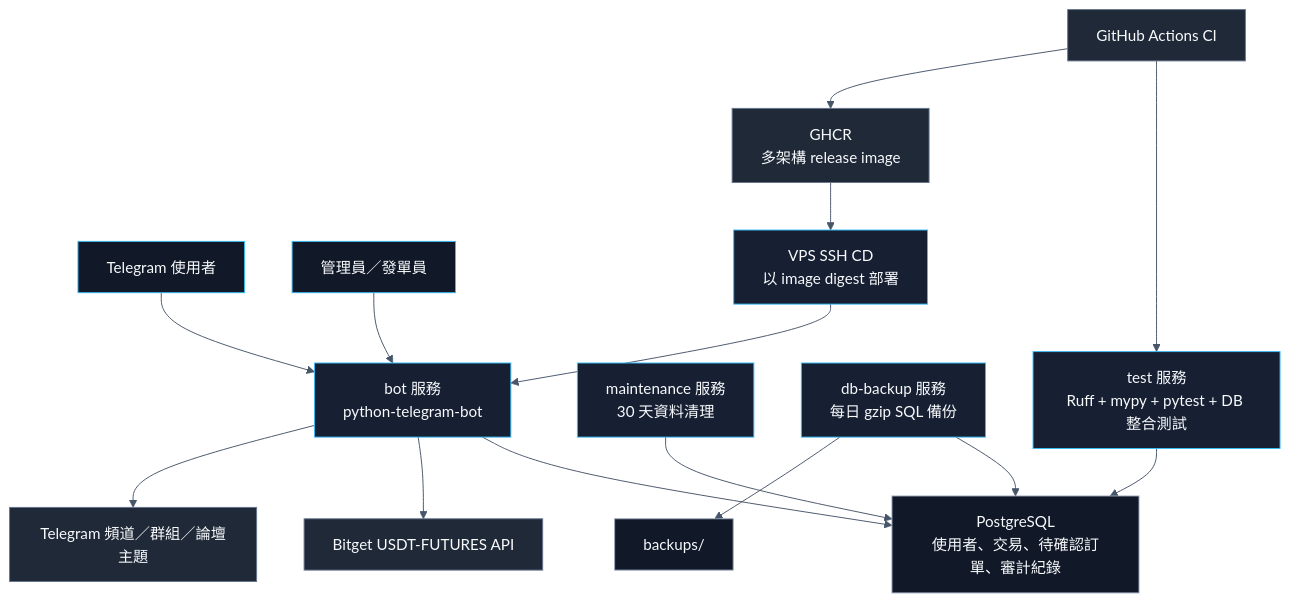
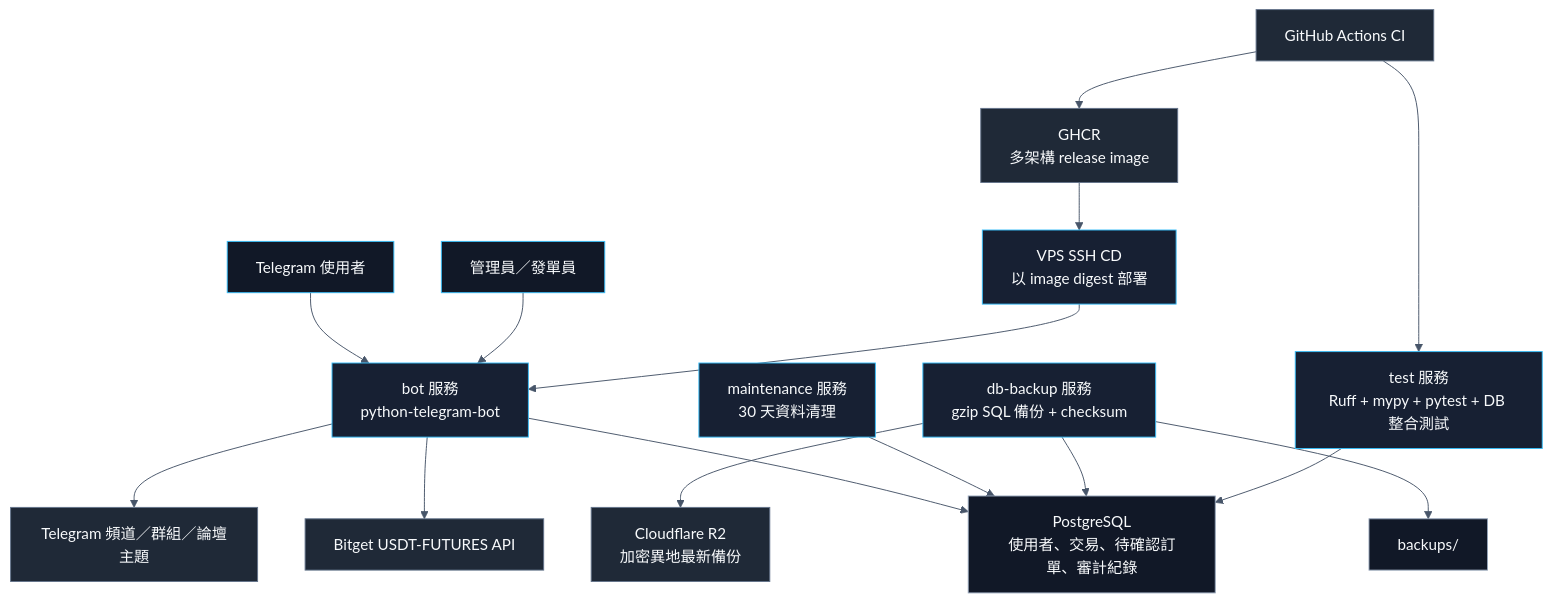
The first of 2 diagrams in readme_zh.md (kaiyn-capital/kaiyn-trading-bot), drawn with Mermaid before and after one commit. The commit also changed other lines of this file and 10 other files, not shown here.

````diff
--- a/readme_zh.md
+++ b/readme_zh.md
@@ -38,32 +42,33 @@
 ```mermaid
 %%{init: {"theme":"base","themeVariables":{"background":"transparent","primaryColor":"#111827","primaryBorderColor":"#38bdf8","primaryTextColor":"#f8fafc","secondaryColor":"#1f2937","secondaryBorderColor":"#64748b","secondaryTextColor":"#f8fafc","tertiaryColor":"#0f172a","tertiaryBorderColor":"#475569","tertiaryTextColor":"#f8fafc","lineColor":"#475569","fontFamily":"Inter, ui-sans-serif, system-ui, sans-serif"}}}%%
 flowchart TD
     users["Telegram 使用者"] --> bot["bot 服務<br/>python-telegram-bot"]
     admins["管理員／發單員"] --> bot
 
     bot --> db["PostgreSQL<br/>使用者、交易、待確認訂單、審計紀錄"]
     bot --> bitget["Bitget USDT-FUTURES API"]
     bot --> channels["Telegram 頻道／群組／論壇主題"]
 
     maintenance["maintenance 服務<br/>30 天資料清理"] --> db
-    backup["db-backup 服務<br/>每日 gzip SQL 備份"] --> db
+    backup["db-backup 服務<br/>gzip SQL 備份 + checksum"] --> db
     backup --> files["backups/"]
+    backup --> r2["Cloudflare R2<br/>加密異地最新備份"]
 
     ci["GitHub Actions CI"] --> test["test 服務<br/>Ruff + mypy + pytest + DB 整合測試"]
     test --> db
     ci --> ghcr["GHCR<br/>多架構 release image"]
     ghcr --> deploy["VPS SSH CD<br/>以 image digest 部署"]
     deploy --> bot
 
     classDef actor fill:#111827,stroke:#38bdf8,color:#f8fafc;
     classDef runtime fill:#0f172a,stroke:#60a5fa,color:#f8fafc;
     classDef storage fill:#111827,stroke:#94a3b8,color:#f8fafc;
     classDef external fill:#1f2937,stroke:#64748b,color:#f8fafc;
     classDef ops fill:#172033,stroke:#38bdf8,color:#f8fafc;
 
     class users,admins actor;
     class bot,maintenance,backup,test ops;
     class db,files storage;
-    class bitget,channels,ci,ghcr external;
+    class bitget,channels,ci,ghcr,r2 external;
     class deploy ops;
 ```
````
